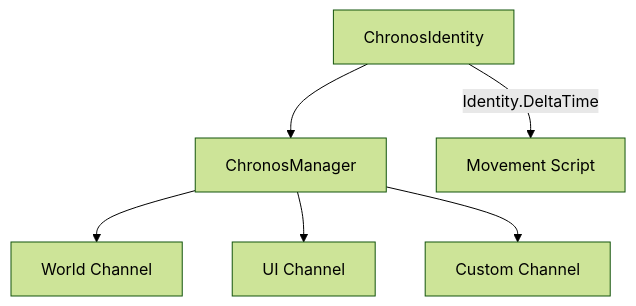
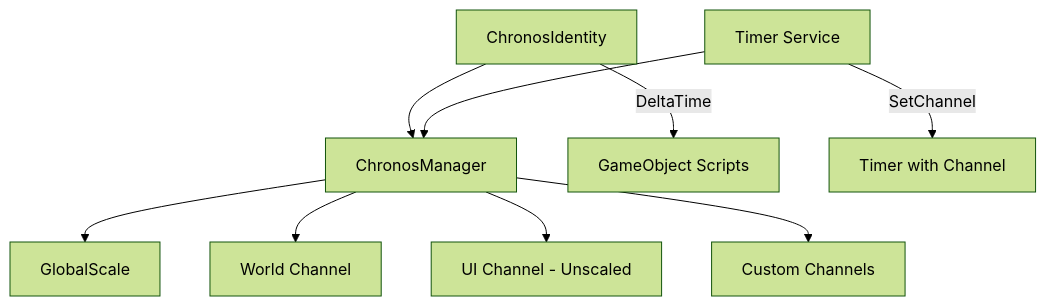
Before and after one commit to eraflo/Catalyst: the first of 2 diagrams in Documentation~/Core/ChronosManager.md, drawn with Mermaid (forest theme). The commit also changed other lines of this file, not shown here.

Commit message:
doc: update chronos manager doc

````diff
--- a/Documentation~/Core/ChronosManager.md
+++ b/Documentation~/Core/ChronosManager.md
@@ -22,9 +32,13 @@
 ```mermaid
 graph TD
-    CM[ChronosManager] --> C1[World Channel]
-    CM --> C2[UI Channel]
-    CM --> C3[Custom Channel]
+    CM[ChronosManager] --> GS[GlobalScale]
+    CM --> C1[World Channel]
+    CM --> C2[UI Channel - Unscaled]
+    CM --> C3[Custom Channels]
     
     CI[ChronosIdentity] --> CM
-    CI -- "Identity.DeltaTime" --> Script[Movement Script]
+    CI -->|DeltaTime| GO[GameObject Scripts]
+    
+    Timer[Timer Service] --> CM
+    Timer -->|SetChannel| TC[Timer with Channel]
 ```
````
